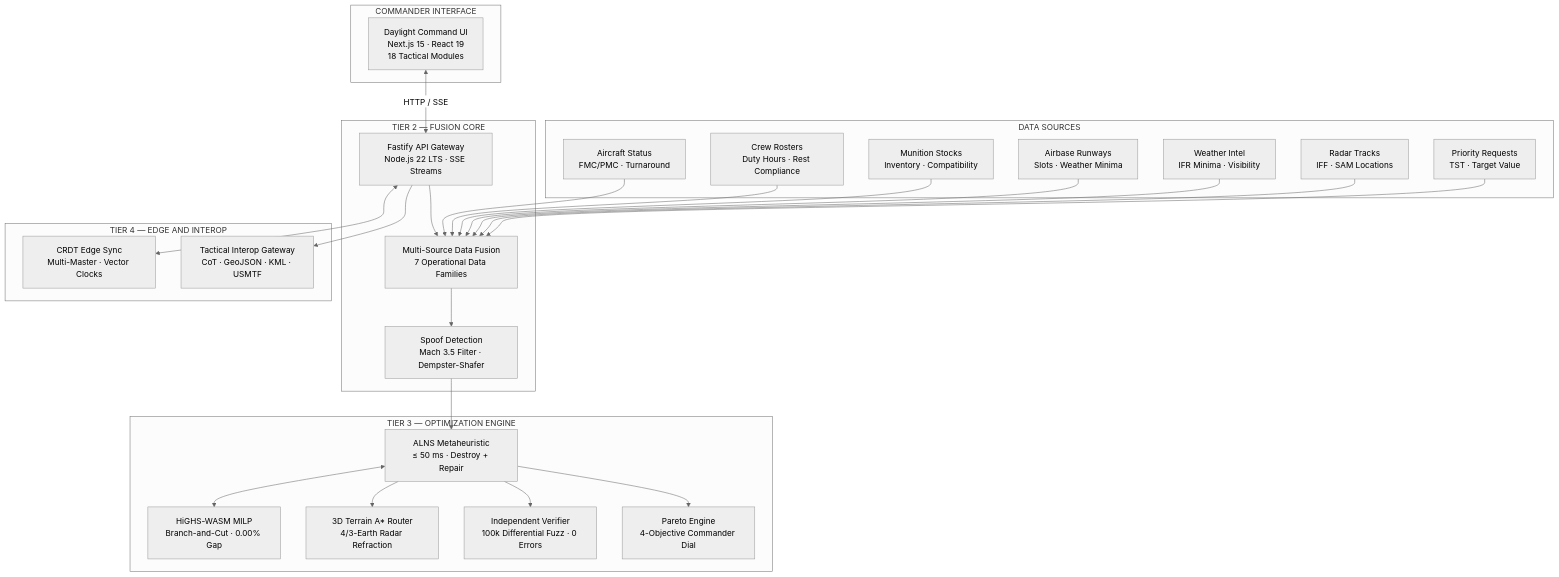
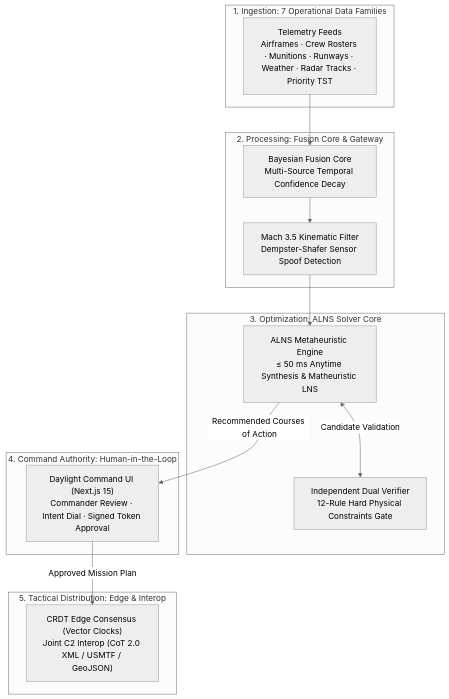
Before and after one commit to PtKartikVashishtha/Air-power-decision-support-framework: the first of 14 diagrams in docs/ARCHITECTURE.md, drawn with Mermaid (neutral theme). The commit also changed other lines of this file and 25 other files, not shown here.

Commit message:
docs: streamline architecture flowcharts, embed dark Archify process diagrams, and add drive submission link

````diff
--- a/docs/ARCHITECTURE.md
+++ b/docs/ARCHITECTURE.md
@@ -46,47 +46,31 @@
 ```mermaid
-graph TB
-    subgraph "COMMANDER INTERFACE"
-        UI["Daylight Command UI\nNext.js 15 · React 19\n18 Tactical Modules"]
+flowchart TD
+    subgraph SOURCES ["1. Ingestion: 7 Operational Data Families"]
+        DS["Telemetry Feeds\nAirframes · Crew Rosters · Munitions · Runways · Weather · Radar Tracks · Priority TST"]
     end
 
-    subgraph "TIER 2 — FUSION CORE"
-        API["Fastify API Gateway\nNode.js 22 LTS · SSE Streams"]
-        FUSE["Multi-Source Data Fusion\n7 Operational Data Families"]
-        SPOOF["Spoof Detection\nMach 3.5 Filter · Dempster-Shafer"]
+    subgraph TIER2 ["2. Processing: Fusion Core & Gateway"]
+        FUSE["Bayesian Fusion Core\nMulti-Source Temporal Confidence Decay"]
+        SPOOF["Mach 3.5 Kinematic Filter\nDempster-Shafer Sensor Spoof Detection"]
     end
 
-    subgraph "TIER 3 — OPTIMIZATION ENGINE"
-        ALNS["ALNS Metaheuristic\n≤ 50 ms · Destroy + Repair"]
-        MILP["HiGHS-WASM MILP\nBranch-and-Cut · 0.00% Gap"]
-        TERRAIN["3D Terrain A* Router\n4/3-Earth Radar Refraction"]
-        VERIF["Independent Verifier\n100k Differential Fuzz · 0 Errors"]
-        PARETO["Pareto Engine\n4-Objective Commander Dial"]
+    subgraph TIER3 ["3. Optimization: ALNS Solver Core"]
+        ALNS["ALNS Metaheuristic Engine\n≤ 50 ms Anytime Synthesis & Matheuristic LNS"]
+        VERIF["Independent Dual Verifier\n12-Rule Hard Physical Constraints Gate"]
     end
 
-    subgraph "TIER 4 — EDGE AND INTEROP"
-        CRDT["CRDT Edge Sync\nMulti-Master · Vector Clocks"]
-        INTEROP["Tactical Interop Gateway\nCoT · GeoJSON · KML · USMTF"]
+    subgraph TIER1 ["4. Command Authority: Human-in-the-Loop"]
+        UI["Daylight Command UI (Next.js 15)\nCommander Review · Intent Dial · Signed Token Approval"]
     end
 
-    subgraph "DATA SOURCES"
-        DS1["Aircraft Status\nFMC/PMC · Turnaround"]
-        DS2["Crew Rosters\nDuty Hours · Rest Compliance"]
-        DS3["Munition Stocks\nInventory · Compatibility"]
-        DS4["Airbase Runways\nSlots · Weather Minima"]
-        DS5["Weather Intel\nIFR Minima · Visibility"]
-        DS6["Radar Tracks\nIFF · SAM Locations"]
-        DS7["Priority Requests\nTST · Target Value"]
+    subgraph TIER4 ["5. Tactical Distribution: Edge & Interop"]
+        EDGE["CRDT Edge Consensus (Vector Clocks)\nJoint C2 Interop (CoT 2.0 XML / USMTF / GeoJSON)"]
     end
 
-    UI <-->|"HTTP / SSE"| API
-    API --> FUSE
+    DS --> FUSE
     FUSE --> SPOOF
     SPOOF --> ALNS
-    ALNS <--> MILP
-    ALNS --> TERRAIN
-    ALNS --> VERIF
-    ALNS --> PARETO
-    API <--> CRDT
-    API --> INTEROP
-    DS1 & DS2 & DS3 & DS4 & DS5 & DS6 & DS7 --> FUSE
+    ALNS <-->|"Candidate Validation"| VERIF
+    ALNS -->|"Recommended Courses of Action"| UI
+    UI -->|"Approved Mission Plan"| EDGE
 ```
````
